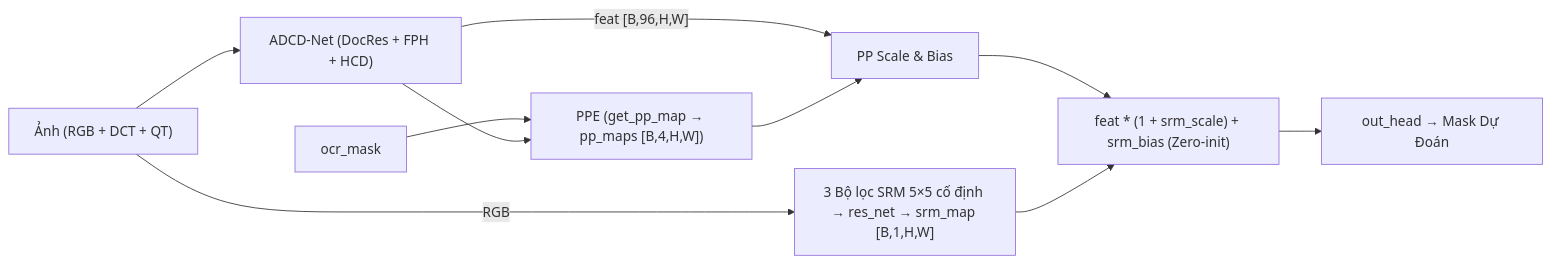
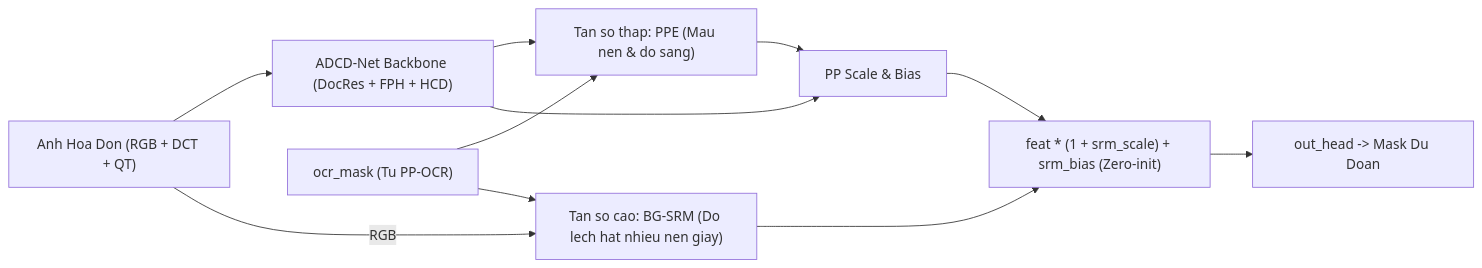
Before and after one commit to ductdadamn/DIFDL: the diagram in MASTER_PLAN.md, drawn with Mermaid. The commit also changed other lines of this file and 3 other files, not shown here.

````diff
--- a/MASTER_PLAN.md
+++ b/MASTER_PLAN.md
@@ -95,12 +104,13 @@
-   ```mermaid
-   flowchart LR
-       IMG["Ảnh (RGB + DCT + QT)"] --> ENC["ADCD-Net (DocRes + FPH + HCD)"]
-       OCR["ocr_mask"] --> PPE["PPE (get_pp_map → pp_maps [B,4,H,W])"]
-       ENC --> PPE
-       ENC -->|"feat [B,96,H,W]"| MOD["PP Scale & Bias"]
-       PPE --> MOD
-       IMG -->|"RGB"| SRM["3 Bộ lọc SRM 5×5 cố định → res_net → srm_map [B,1,H,W]"]
-       MOD --> FUSE["feat * (1 + srm_scale) + srm_bias (Zero-init)"]
-       SRM --> FUSE
-       FUSE --> OUT["out_head → Mask Dự Đoán"]
-   ```
+```mermaid
+flowchart LR
+    IMG["Anh Hoa Don (RGB + DCT + QT)"] --> ENC["ADCD-Net Backbone (DocRes + FPH + HCD)"]
+    OCR["ocr_mask (Tu PP-OCR)"] --> PPE["Tan so thap: PPE (Mau nen & do sang)"]
+    OCR --> BGSRM["Tan so cao: BG-SRM (Do lech hat nhieu nen giay)"]
+    IMG -->|"RGB"| BGSRM
+    ENC --> PPE
+    PPE --> MOD["PP Scale & Bias"]
+    ENC --> MOD
+    MOD --> FUSE["feat * (1 + srm_scale) + srm_bias (Zero-init)"]
+    BGSRM --> FUSE
+    FUSE --> OUT["out_head -> Mask Du Doan"]
+```
````
